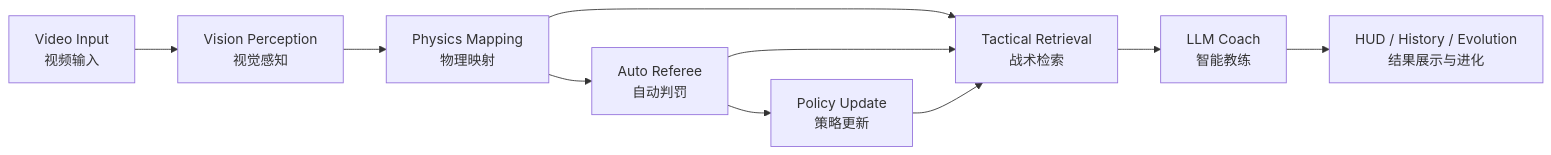
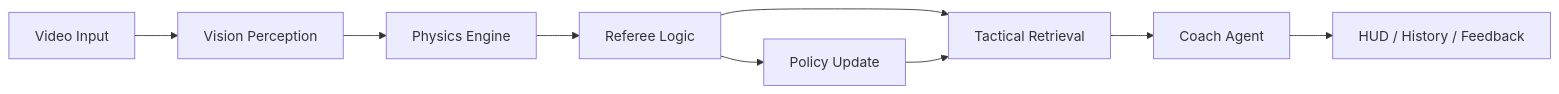
Before and after one commit to yanpeigong/Evosmash: the diagram in README.md, drawn with Mermaid. The commit also changed other lines of this file, not shown here.

````diff
--- a/README.md
+++ b/README.md
@@ -113,12 +113,11 @@
 ```mermaid
 flowchart LR
-    A[Video Input<br/>视频输入] --> B[Vision Perception<br/>视觉感知]
-    B --> C[Physics Mapping<br/>物理映射]
-    C --> D[Tactical Retrieval<br/>战术检索]
-    D --> E[LLM Coach<br/>智能教练]
-    E --> F[HUD / History / Evolution<br/>结果展示与进化]
-    C --> G[Auto Referee<br/>自动判罚]
-    G --> D
-    G --> H[Policy Update<br/>策略更新]
-    H --> D
+    A[Video Input] --> B[Vision Perception]
+    B --> C[Physics Engine]
+    C --> D[Referee Logic]
+    D --> E[Tactical Retrieval]
+    E --> F[Coach Agent]
+    F --> G[HUD / History / Feedback]
+    D --> H[Policy Update]
+    H --> E
 ```
````
